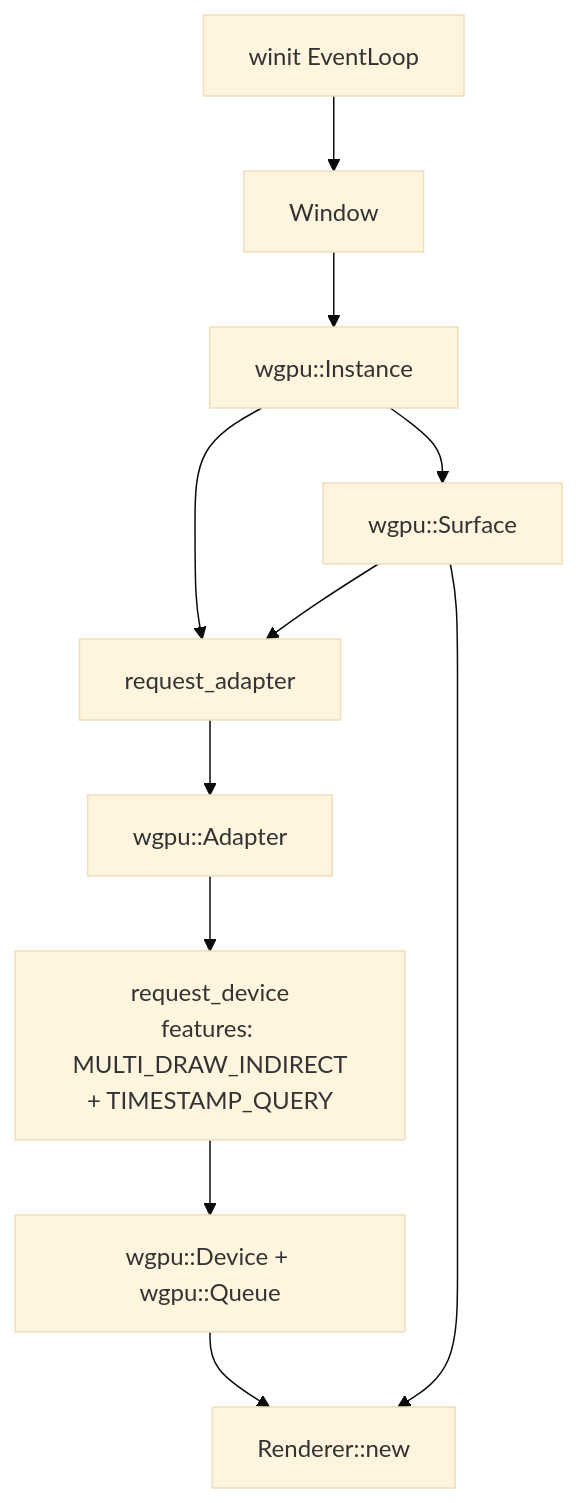
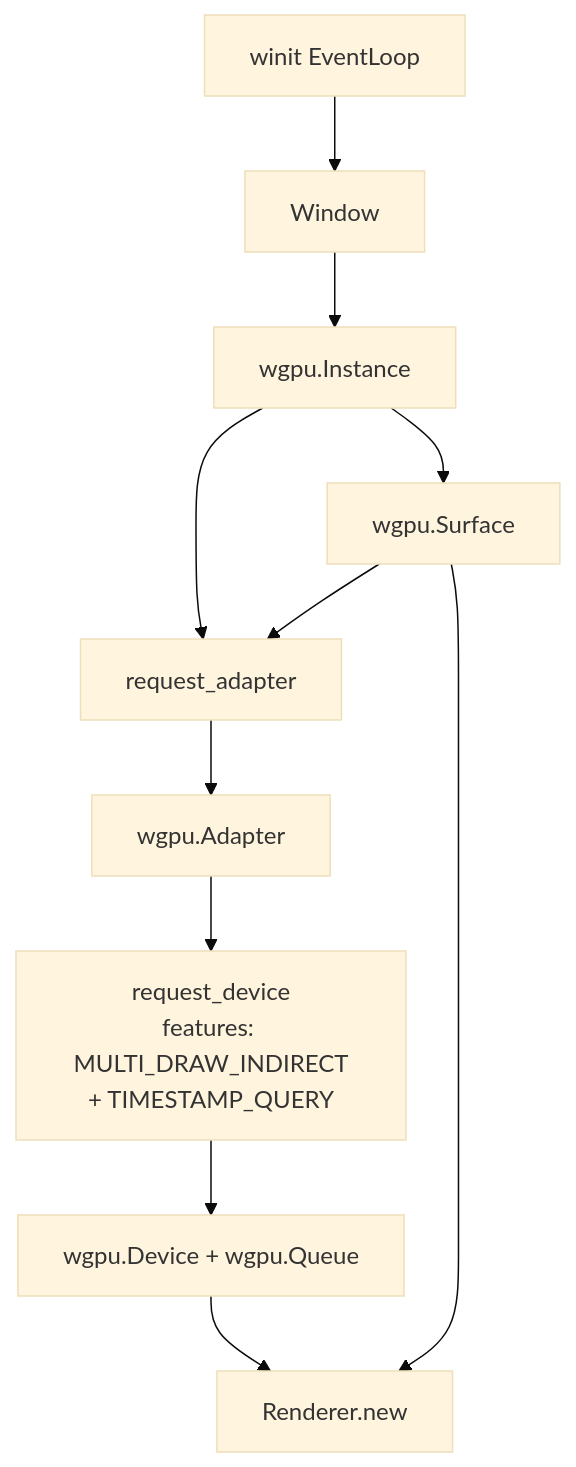
The first of 3 diagrams in public/docs/core-concepts/Helio/getting-started.md (Far-Beyond-Pulsar/docs), drawn with Mermaid (base theme) before and after one commit. The commit also changed 10 other files, not shown here.

First line of the commit message:
Use HTML <br/> and quoted labels in mermaid

````diff
--- a/public/docs/core-concepts/Helio/getting-started.md
+++ b/public/docs/core-concepts/Helio/getting-started.md
@@ -194,13 +194,13 @@
 ```mermaid
 flowchart TD
     A[winit EventLoop] --> B[Window]
-    B --> C[wgpu::Instance]
-    C --> D[wgpu::Surface]
+    B --> C["wgpu.Instance"]
+    C --> D["wgpu.Surface"]
     C --> E[request_adapter]
     D --> E
-    E --> F[wgpu::Adapter]
+    E --> F["wgpu.Adapter"]
     F --> G[request_device\nfeatures: MULTI_DRAW_INDIRECT\n+ TIMESTAMP_QUERY]
-    G --> H[wgpu::Device + wgpu::Queue]
-    H --> I[Renderer::new]
+    G --> H["wgpu.Device + wgpu.Queue"]
+    H --> I["Renderer.new"]
     D --> I
 ```
````
